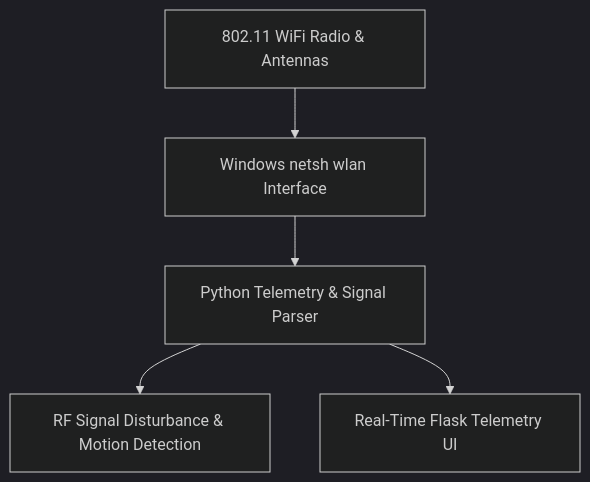
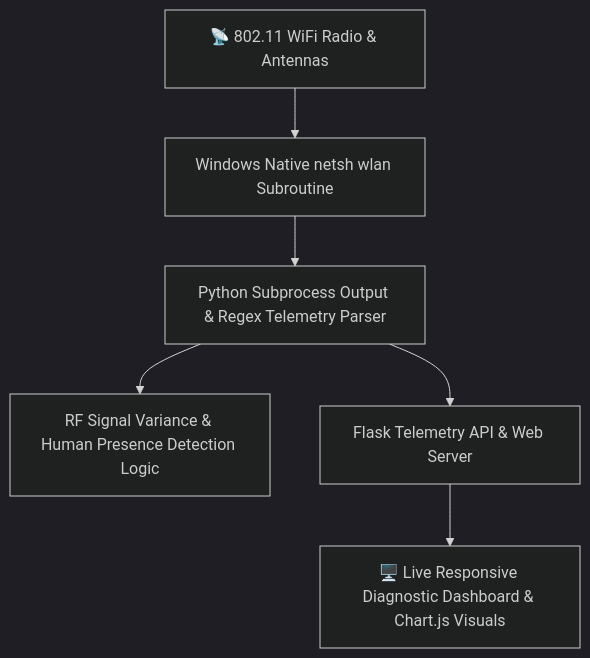
Before and after one commit to abdussatarkhan/WIFI-Diagnostic-Tool: the diagram in README.md, drawn with Mermaid (dark theme). The commit also changed other lines of this file, not shown here.

Commit message:
docs(readme): rewrite documentation for software engineering & desktop systems architecture

````diff
--- a/README.md
+++ b/README.md
@@ -22,7 +23,8 @@
 ```mermaid
 graph TD
-    WLAN[802.11 WiFi Radio & Antennas] --> Netsh[Windows netsh wlan Interface]
-    Netsh --> Parser[Python Telemetry & Signal Parser]
-    Parser --> RF_Algo[RF Signal Disturbance & Motion Detection]
-    Parser --> Dash[Real-Time Flask Telemetry UI]
+    Radio[📡 802.11 WiFi Radio & Antennas] --> Netsh[Windows Native netsh wlan Subroutine]
+    Netsh --> Parser[Python Subprocess Output & Regex Telemetry Parser]
+    Parser --> RFDisturbance[RF Signal Variance & Human Presence Detection Logic]
+    Parser --> FlaskApp[Flask Telemetry API & Web Server]
+    FlaskApp --> UI[🖥️ Live Responsive Diagnostic Dashboard & Chart.js Visuals]
 ```
````
